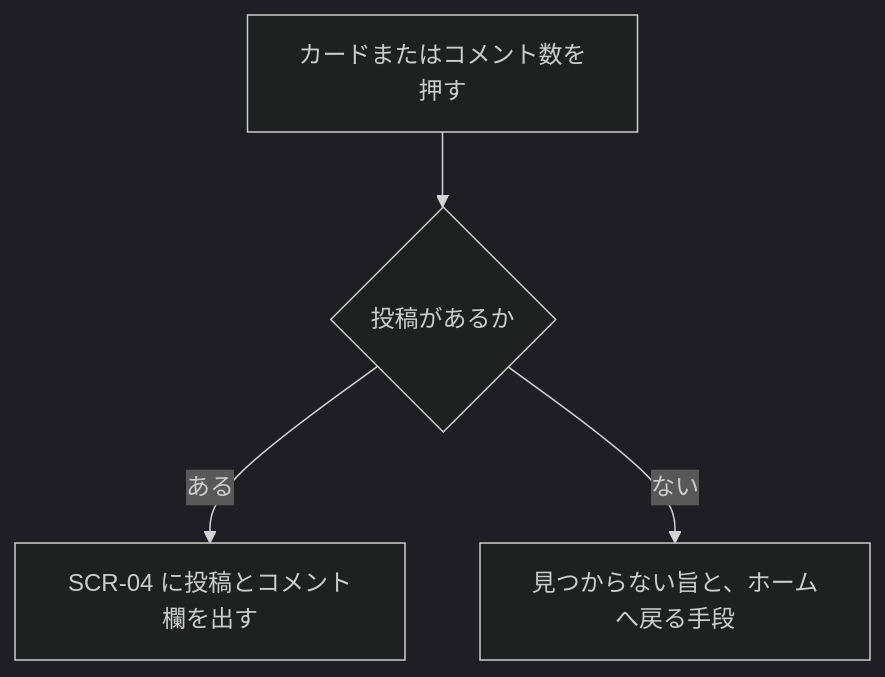
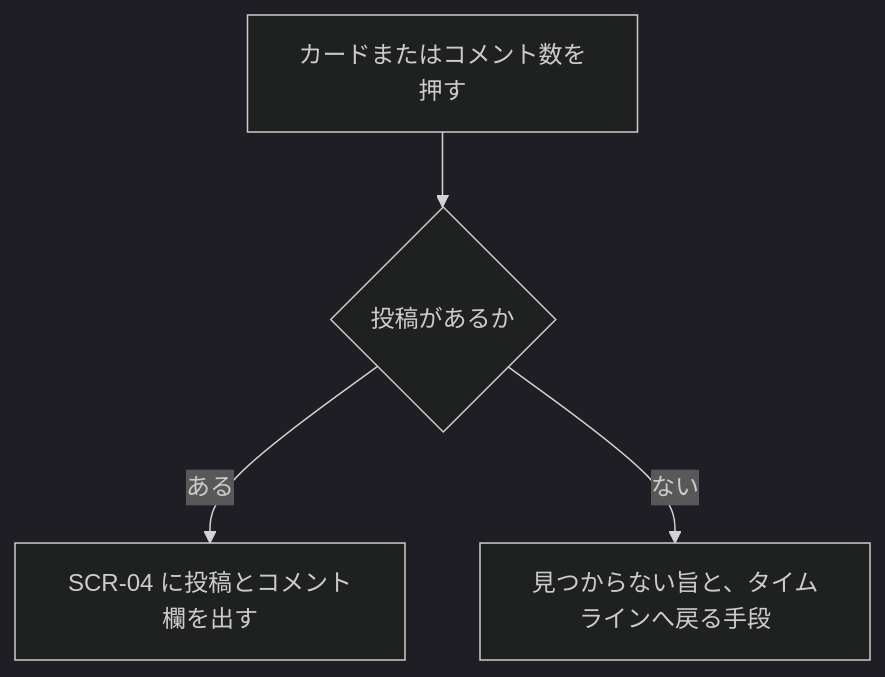
Before and after one commit to pfgnsb/learning-sns: the second of 2 diagrams in ドキュメント/機能定義/タイムライン.md, drawn with Mermaid (dark theme). The commit also changed other lines of this file and 14 other files, not shown here.

````diff
--- a/ドキュメント/機能定義/タイムライン.md
+++ b/ドキュメント/機能定義/タイムライン.md
@@ -110,6 +133,6 @@
 ```mermaid
 flowchart TD
   click[カードまたはコメント数を押す] --> load{投稿があるか}
   load -->|ある| detail[SCR-04 に投稿とコメント欄を出す]
-  load -->|ない| missing[見つからない旨と、ホームへ戻る手段]
+  load -->|ない| missing[見つからない旨と、タイムラインへ戻る手段]
 ```
````
